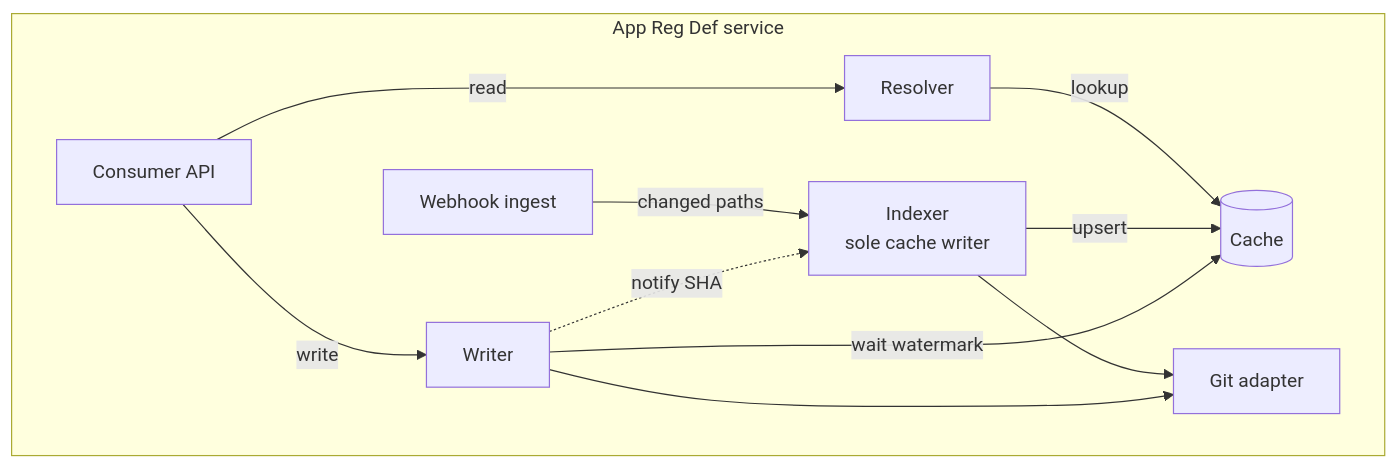
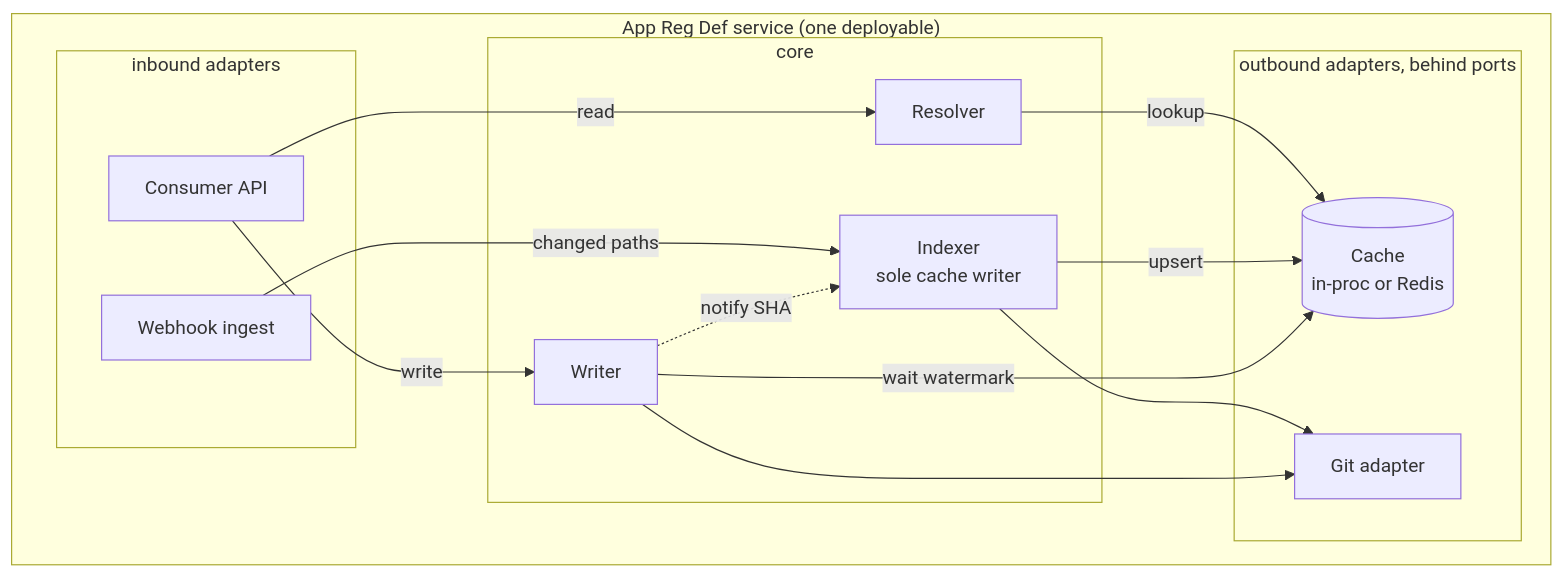
One commit to Netcracker/qubership-envgene changed the second of 5 diagrams in docs/analysis/app-reg-def-service/design/architecture.md. Above: the diagram before and after it, drawn with Mermaid. The commit also changed other lines of this file, not shown here.

Commit message:
docs: reframe the service modules as ports and adapters
The component-and-shared-module framing read like microservices. The service is one deployable with in-process modules, so say that and classify by role: inbound adapters (Consumer API, Webhook ingest), the core (Resolver, Indexer, Writer), and outbound adapters behind ports (Git adapter, Cache as in-process or Redis). Drop the shared-module category and group the diagram by role.

````diff
--- a/docs/analysis/app-reg-def-service/design/architecture.md
+++ b/docs/analysis/app-reg-def-service/design/architecture.md
@@ -31,21 +32,27 @@
 ```mermaid
 flowchart TB
-  subgraph svc["App Reg Def service"]
-    api["Consumer API"]
-    wh["Webhook ingest"]
-    resolver["Resolver"]
-    cache[("Cache")]
-    indexer["Indexer<br/>sole cache writer"]
-    writer["Writer"]
-    gitad["Git adapter"]
+  subgraph svc["App Reg Def service (one deployable)"]
+    subgraph inb["inbound adapters"]
+      api["Consumer API"]
+      wh["Webhook ingest"]
+    end
+    subgraph cor["core"]
+      resolver["Resolver"]
+      indexer["Indexer<br/>sole cache writer"]
+      writer["Writer"]
+    end
+    subgraph outb["outbound adapters, behind ports"]
+      cache[("Cache<br/>in-proc or Redis")]
+      gitad["Git adapter"]
+    end
   end
   api -->|read| resolver
   resolver -->|lookup| cache
   api -->|write| writer
   wh -->|changed paths| indexer
   indexer -->|upsert| cache
   indexer --> gitad
   writer --> gitad
   writer -->|wait watermark| cache
   writer -. "notify SHA" .-> indexer
 ```
````
